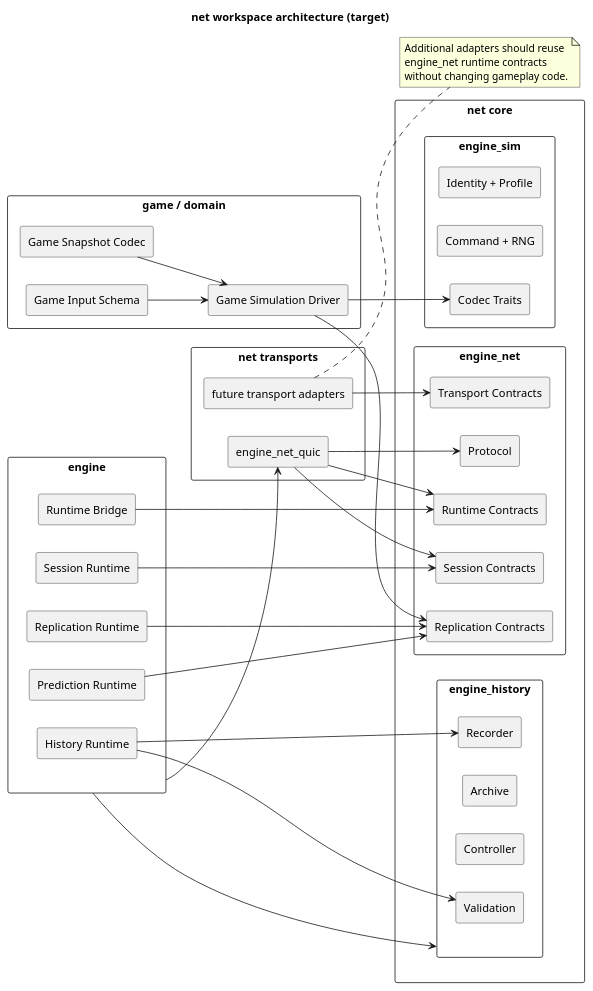
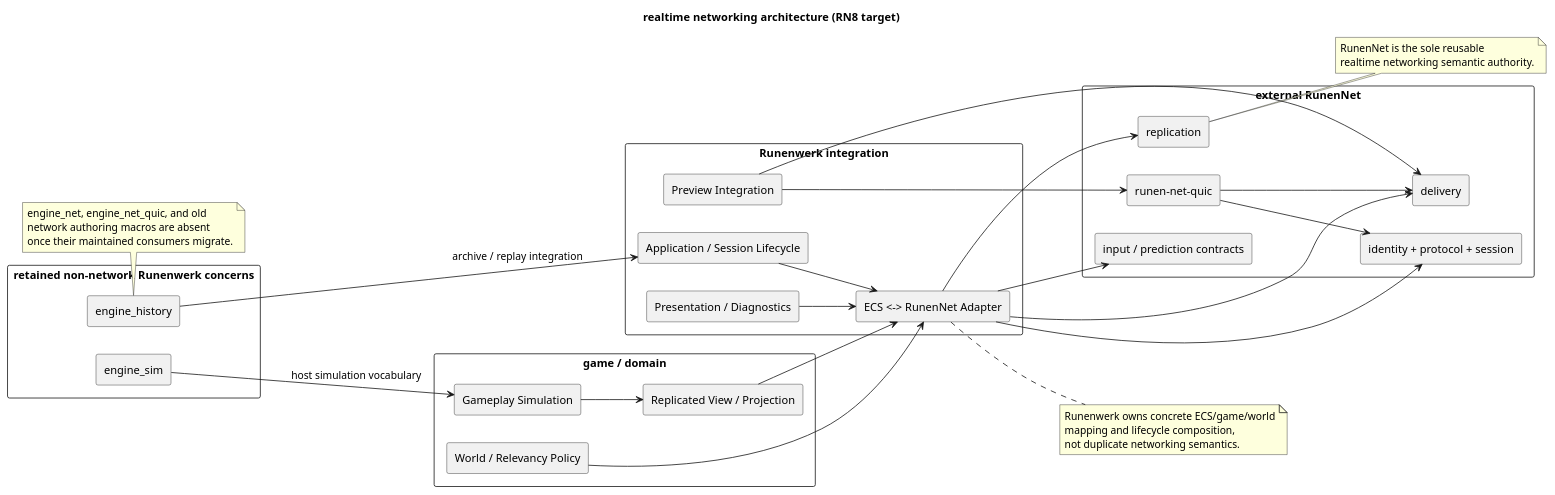
Before and after one commit to dornglut/runenwerk: the diagram in net/architecture-target.puml, drawn with PlantUML. The commit also changed 5 other files, not shown here.

Commit message:
docs: align networking authority after N1 cut

```diff
--- a/net/architecture-target.puml
+++ b/net/architecture-target.puml
@@ -1,76 +1,68 @@
 @startuml
-title net workspace architecture (target)
+title realtime networking architecture (RN8 target)
 
 skinparam componentStyle rectangle
 skinparam packageStyle rectangle
 left to right direction
 
 package "game / domain" {
-  [Game Simulation Driver]
-  [Game Snapshot Codec]
-  [Game Input Schema]
+  [Gameplay Simulation] as game_sim
+  [Replicated View / Projection] as replicated_view
+  [World / Relevancy Policy] as world_policy
 }
 
-package "engine" {
-  [Runtime Bridge]
-  [Session Runtime]
-  [Replication Runtime]
-  [Prediction Runtime]
-  [History Runtime]
+package "Runenwerk integration" {
+  [Application / Session Lifecycle] as app_lifecycle
+  [ECS <-> RunenNet Adapter] as ecs_adapter
+  [Preview Integration] as preview_integration
+  [Presentation / Diagnostics] as presentation
 }
 
-package "net core" {
-  package "engine_sim" {
-    [Identity + Profile]
-    [Command + RNG]
-    [Codec Traits]
-  }
-
-  package "engine_net" {
-    [Protocol]
-    [Session Contracts]
-    [Replication Contracts]
-    [Runtime Contracts]
-    [Transport Contracts]
-  }
-
-  package "engine_history" {
-    [Recorder]
-    [Archive]
-    [Controller]
-    [Validation]
-  }
+package "external RunenNet" {
+  [identity + protocol + session] as runennet_session
+  [delivery] as runennet_delivery
+  [replication] as runennet_replication
+  [input / prediction contracts] as runennet_prediction
+  [runen-net-quic] as runennet_quic
 }
 
-package "net transports" {
-  [engine_net_quic]
-  [future transport adapters]
+package "retained non-network Runenwerk concerns" {
+  [engine_sim] as engine_sim
+  [engine_history] as engine_history
 }
 
-[Game Input Schema] --> [Game Simulation Driver]
-[Game Snapshot Codec] --> [Game Simulation Driver]
-[Game Simulation Driver] --> [Replication Contracts]
-[Game Simulation Driver] --> [Codec Traits]
+game_sim --> replicated_view
+replicated_view --> ecs_adapter
+world_policy --> ecs_adapter
+app_lifecycle --> ecs_adapter
+ecs_adapter --> runennet_session
+ecs_adapter --> runennet_delivery
+ecs_adapter --> runennet_replication
+ecs_adapter --> runennet_prediction
+preview_integration --> runennet_delivery
+preview_integration --> runennet_quic
+runennet_quic --> runennet_session
+runennet_quic --> runennet_delivery
+presentation --> ecs_adapter
 
-[Session Runtime] --> [Session Contracts]
-[Replication Runtime] --> [Replication Contracts]
-[Prediction Runtime] --> [Replication Contracts]
-[Runtime Bridge] --> [Runtime Contracts]
-[History Runtime] --> [Recorder]
-[History Runtime] --> [Validation]
+engine_sim --> game_sim : host simulation vocabulary
+engine_history --> app_lifecycle : archive / replay integration
 
-[engine_net_quic] --> [Protocol]
-[engine_net_quic] --> [Session Contracts]
-[engine_net_quic] --> [Runtime Contracts]
-[future transport adapters] --> [Transport Contracts]
+note right of runennet_replication
+RunenNet is the sole reusable
+realtime networking semantic authority.
+end note
 
-[engine] --> [engine_net_quic]
-[engine] --> [engine_history]
+note right of ecs_adapter
+Runenwerk owns concrete ECS/game/world
+mapping and lifecycle composition,
+not duplicate networking semantics.
+end note
 
-note right of [future transport adapters]
-Additional adapters should reuse
-engine_net runtime contracts
-without changing gameplay code.
+note bottom of engine_history
+engine_net, engine_net_quic, and old
+network authoring macros are absent
+once their maintained consumers migrate.
 end note
 
 @enduml
```
